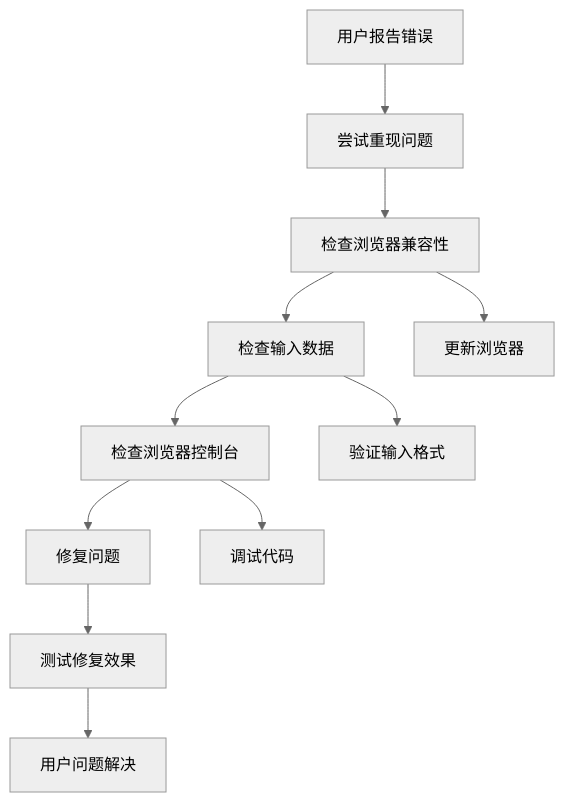
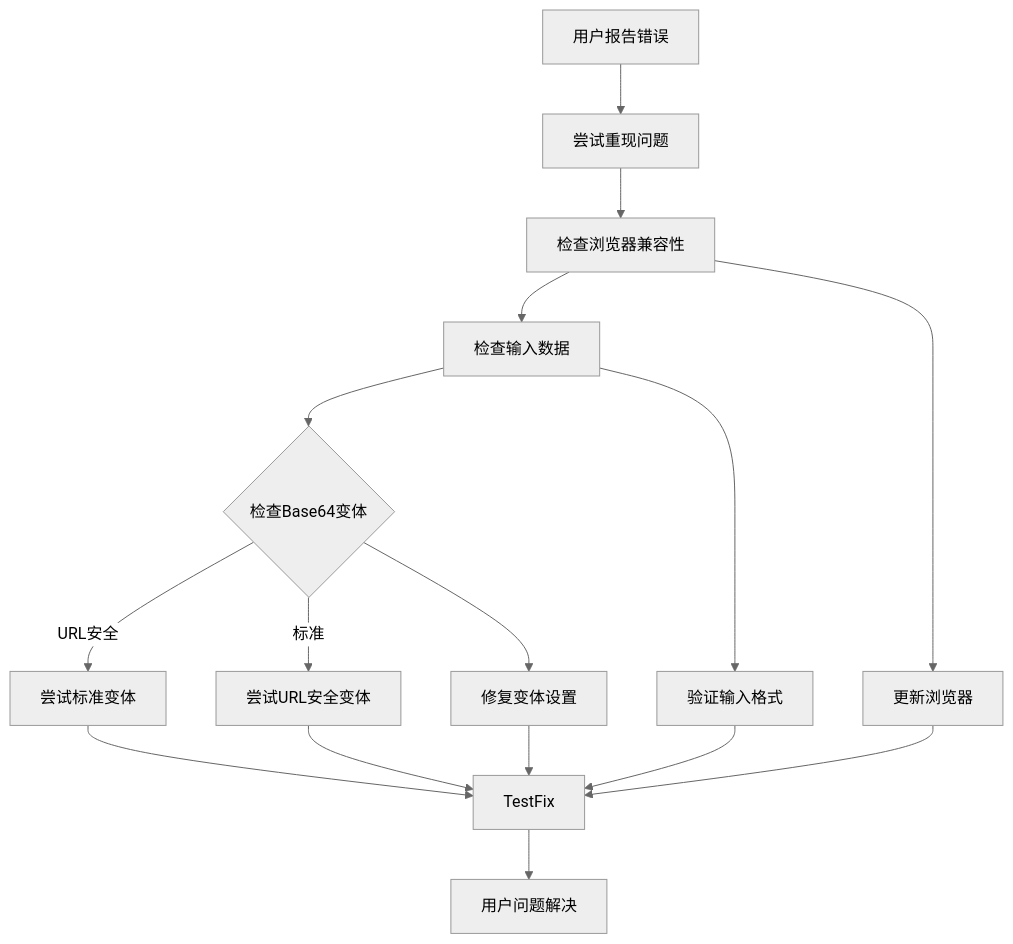
One commit to sgyy/privadeck changed the sixth of 6 diagrams in .qoder/repowiki/zh/content/开发者工具/Base64编码工具.md. Above: the diagram before and after it, drawn with Mermaid (neutral theme). The commit also changed other lines of this file and 5 other files, not shown here.

````diff
--- a/.qoder/repowiki/zh/content/开发者工具/Base64编码工具.md
+++ b/.qoder/repowiki/zh/content/开发者工具/Base64编码工具.md
@@ -435,13 +624,18 @@
 ```mermaid
 flowchart TD
 UserError[用户报告错误] --> Reproduce[尝试重现问题]
 Reproduce --> CheckBrowser[检查浏览器兼容性]
 CheckBrowser --> CheckInput[检查输入数据]
-CheckInput --> CheckConsole[检查浏览器控制台]
-CheckConsole --> FixIssue[修复问题]
-FixIssue --> TestFix[测试修复效果]
-TestFix --> UserSuccess[用户问题解决]
+CheckInput --> CheckVariant{检查Base64变体}
+CheckVariant --> |URL安全| TryStandard[尝试标准变体]
+CheckVariant --> |标准| TryUrlSafe[尝试URL安全变体]
 CheckBrowser --> UpdateBrowser[更新浏览器]
 CheckInput --> ValidateInput[验证输入格式]
-CheckConsole --> DebugCode[调试代码]
+CheckVariant --> FixVariant[修复变体设置]
+TryStandard --> TestFix
+TryUrlSafe --> TestFix
+UpdateBrowser --> TestFix
+ValidateInput --> TestFix
+FixVariant --> TestFix
+TestFix --> UserSuccess[用户问题解决]
 ```
````
